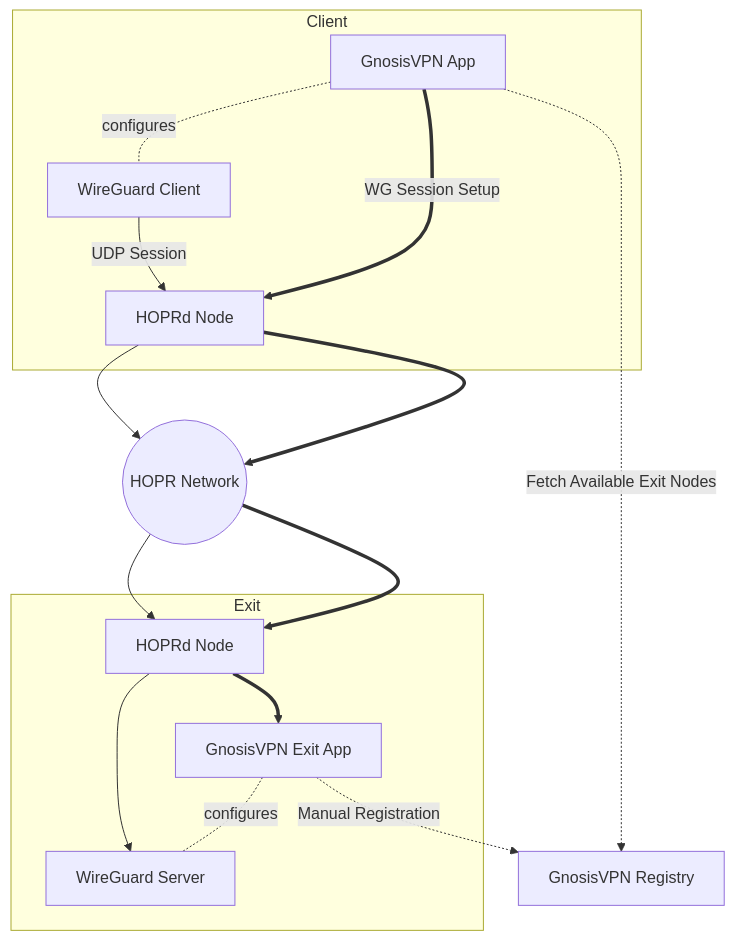
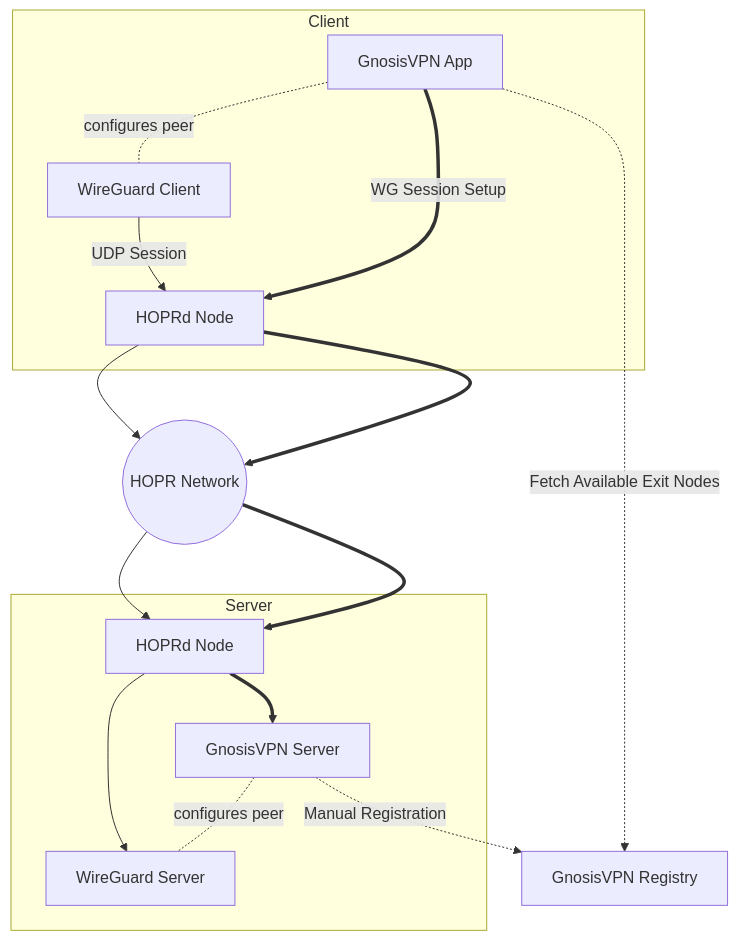
The diagram in docs/design/vpn/components.mmd (hoprnet/hoprnet), drawn with Mermaid before and after one commit.

```diff
--- a/docs/design/vpn/components.mmd
+++ b/docs/design/vpn/components.mmd
@@ -1,22 +1,22 @@
 ---
-Title: GnosisVPN Client-Exit Interaction
+Title: GnosisVPN Client-Server Interaction
 ---
 graph TB
     subgraph Client
         hoprd["HOPRd Node"]
         gnosisvpn["GnosisVPN App"]
         wg["WireGuard Client"]
-        gnosisvpn -. configures .- wg
+        gnosisvpn -. configures peer .- wg
     end
-    subgraph Exit
+    subgraph Server
         ex_hoprd["HOPRd Node"]
-        ex_gnosisvpn["GnosisVPN Exit App"]
+        ex_gnosisvpn["GnosisVPN Server"]
         ex_wg["WireGuard Server"]
-        ex_gnosisvpn -. configures .- ex_wg
+        ex_gnosisvpn -. configures peer .- ex_wg
     end
     hopr_network(("HOPR Network"))
     registry["GnosisVPN Registry"]
     gnosisvpn == WG Session Setup ==> hoprd ==> hopr_network ==> ex_hoprd ==> ex_gnosisvpn
     wg -- UDP Session --> hoprd --> hopr_network --> ex_hoprd --> ex_wg
     gnosisvpn -. Fetch Available Exit Nodes .-> registry
     ex_gnosisvpn -. Manual Registration .-> registry
```
